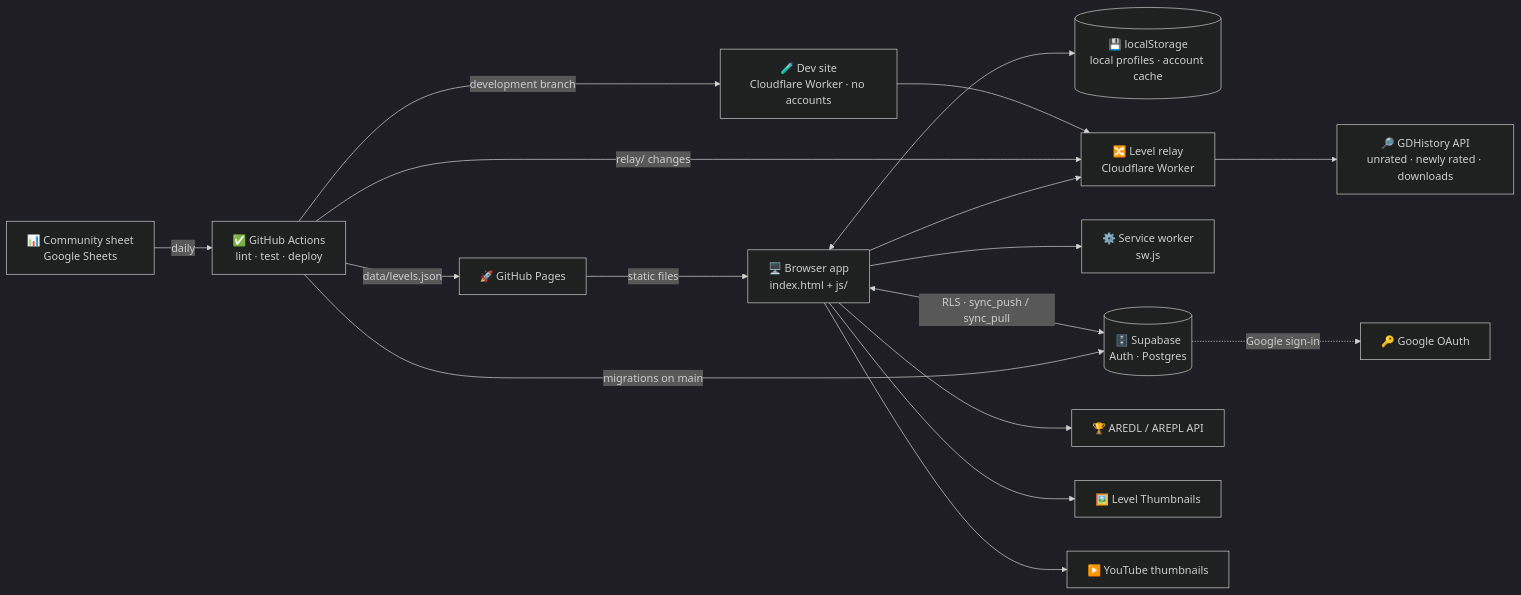
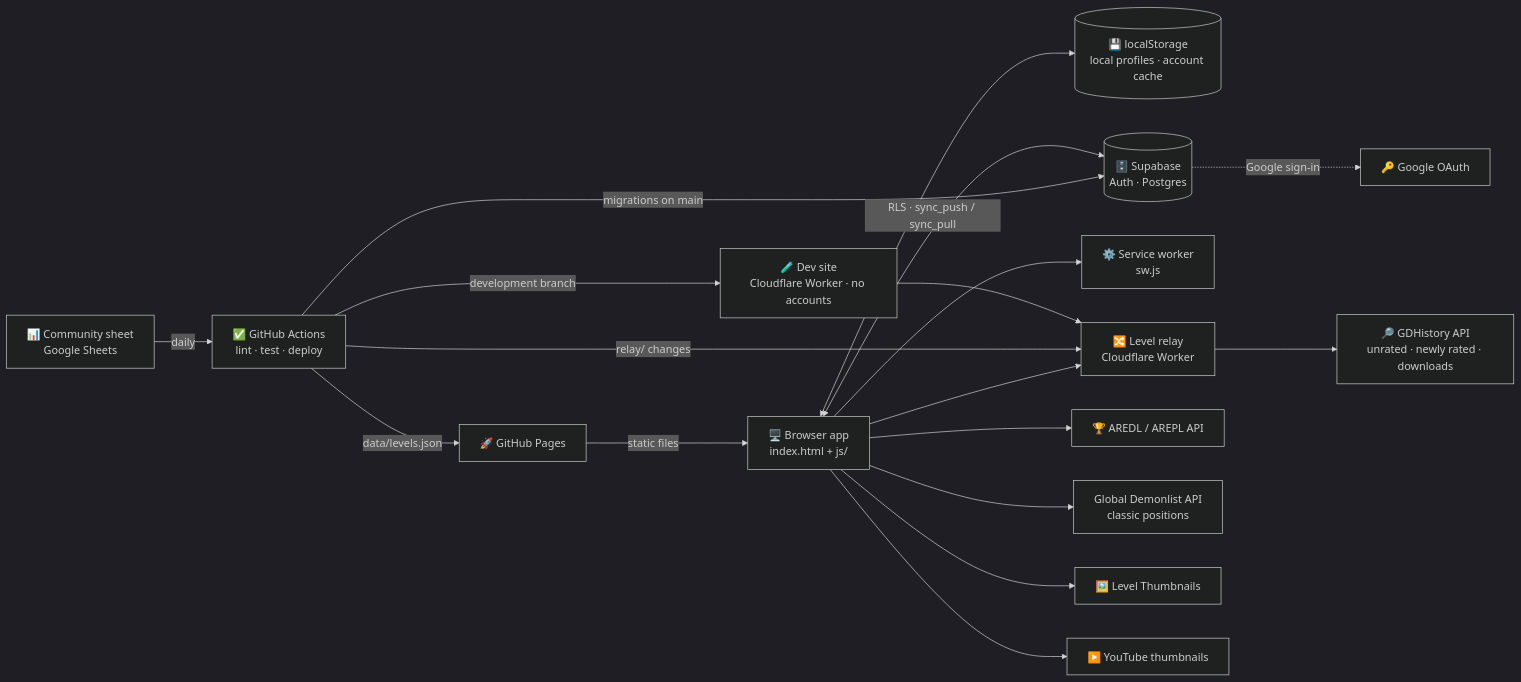
Before and after one commit to Wal-014/Personal-Progress-List: the diagram in README.md, drawn with Mermaid (dark theme). The commit also changed other lines of this file and 26 other files, not shown here.

Commit message:
Add Global Demonlist positions for classic levels

````diff
--- a/README.md
+++ b/README.md
@@ -43,19 +43,20 @@
 ```mermaid
 flowchart LR
     GS["📊 Community sheet<br/>Google Sheets"] -->|daily| CI
     CI["✅ GitHub Actions<br/>lint · test · deploy"] -->|data/levels.json| GH
     GH["🚀 GitHub Pages"] -->|static files| B["🖥️ Browser app<br/>index.html + js/"]
     B <--> LS[("💾 localStorage<br/>local profiles · account cache")]
     B <-->|"RLS · sync_push / sync_pull"| SB[("🗄️ Supabase<br/>Auth · Postgres")]
     SB -.->|Google sign-in| GO["🔑 Google OAuth"]
     B --> SW["⚙️ Service worker<br/>sw.js"]
     CI -->|development branch| DV["🧪 Dev site<br/>Cloudflare Worker · no accounts"]
     CI -->|migrations on main| SB
     DV --> R
     CI -->|relay/ changes| R
     B --> R["🔀 Level relay<br/>Cloudflare Worker"]
     R --> G["🔎 GDHistory API<br/>unrated · newly rated · downloads"]
     B --> A["🏆 AREDL / AREPL API"]
+    B --> GDL["Global Demonlist API<br/>classic positions"]
     B --> T["🖼️ Level Thumbnails"]
     B --> Y["▶️ YouTube thumbnails"]
 ```
````
